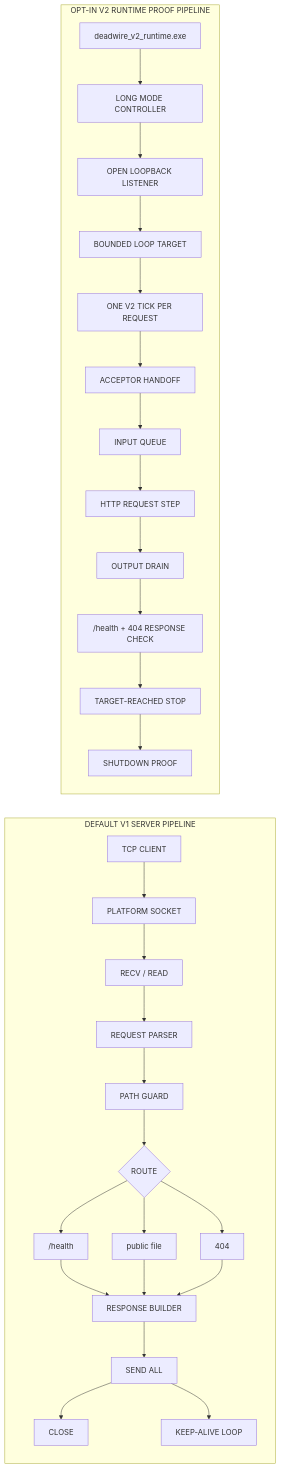
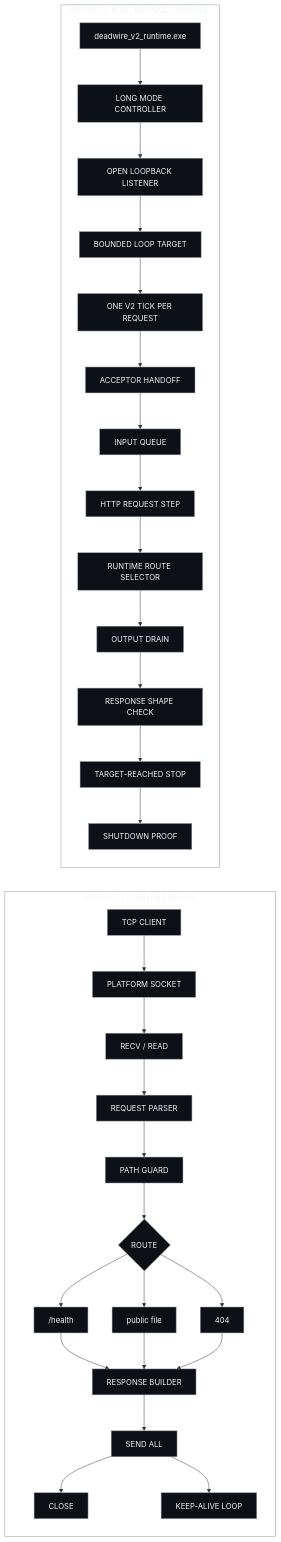
The diagram in README.md (Deadbytes101/DEADWIRE-HTTPD), drawn with Mermaid before and after one commit.

Commit message:
docs: make pipeline mermaid readable on dark theme

````diff
--- a/README.md
+++ b/README.md
@@ -35,33 +35,41 @@
 ```mermaid
 flowchart LR
     subgraph V1["DEFAULT V1 SERVER PIPELINE"]
         CLIENT["TCP CLIENT"] --> SOCKET["PLATFORM SOCKET"]
         SOCKET --> RECV["RECV / READ"]
         RECV --> PARSE["REQUEST PARSER"]
         PARSE --> GUARD["PATH GUARD"]
         GUARD --> ROUTE{"ROUTE"}
         ROUTE --> HEALTH["/health"]
         ROUTE --> STATIC["public file"]
         ROUTE --> MISS["404"]
         HEALTH --> RESPONSE["RESPONSE BUILDER"]
         STATIC --> RESPONSE
         MISS --> RESPONSE
         RESPONSE --> SEND["SEND ALL"]
         SEND --> CLOSE["CLOSE"]
         SEND --> LOOP["KEEP-ALIVE LOOP"]
     end
 
     subgraph V2["OPT-IN V2 RUNTIME PROOF PIPELINE"]
         V2BOOT["deadwire_v2_runtime.exe"] --> V2LONG["LONG MODE CONTROLLER"]
         V2LONG --> V2LIVE["OPEN LOOPBACK LISTENER"]
         V2LIVE --> V2COUNT["BOUNDED LOOP TARGET"]
         V2COUNT --> V2TICK["ONE V2 TICK PER REQUEST"]
         V2TICK --> V2ACCEPT["ACCEPTOR HANDOFF"]
         V2ACCEPT --> V2QUEUE["INPUT QUEUE"]
         V2QUEUE --> V2HTTP["HTTP REQUEST STEP"]
-        V2HTTP --> V2OUT["OUTPUT DRAIN"]
-        V2OUT --> V2CHECK["/health + 404 RESPONSE CHECK"]
+        V2HTTP --> V2ROUTE["RUNTIME ROUTE SELECTOR"]
+        V2ROUTE --> V2OUT["OUTPUT DRAIN"]
+        V2OUT --> V2CHECK["RESPONSE SHAPE CHECK"]
         V2CHECK --> V2STOP["TARGET-REACHED STOP"]
         V2STOP --> V2SHUT["SHUTDOWN PROOF"]
     end
+
+    classDef node fill:#0d1117,stroke:#8b949e,color:#f0f6fc
+    class CLIENT,SOCKET,RECV,PARSE,GUARD,HEALTH,STATIC,MISS,RESPONSE,SEND,CLOSE,LOOP node
+    class V2BOOT,V2LONG,V2LIVE,V2COUNT,V2TICK,V2ACCEPT,V2QUEUE,V2HTTP,V2ROUTE,V2OUT,V2CHECK,V2STOP,V2SHUT node
+    class ROUTE node
+    style V1 fill:transparent,stroke:#8b949e,color:#f0f6fc
+    style V2 fill:transparent,stroke:#8b949e,color:#f0f6fc
 ```
````
